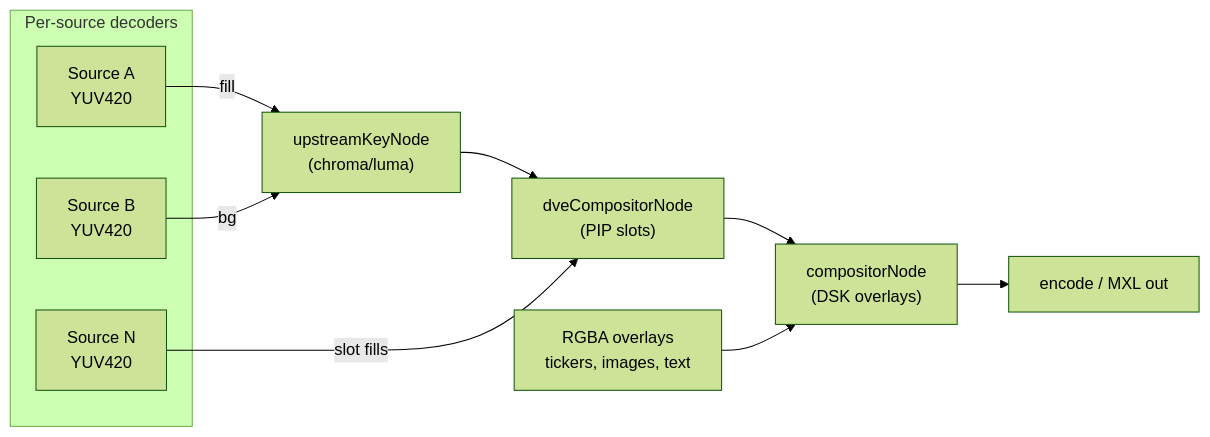
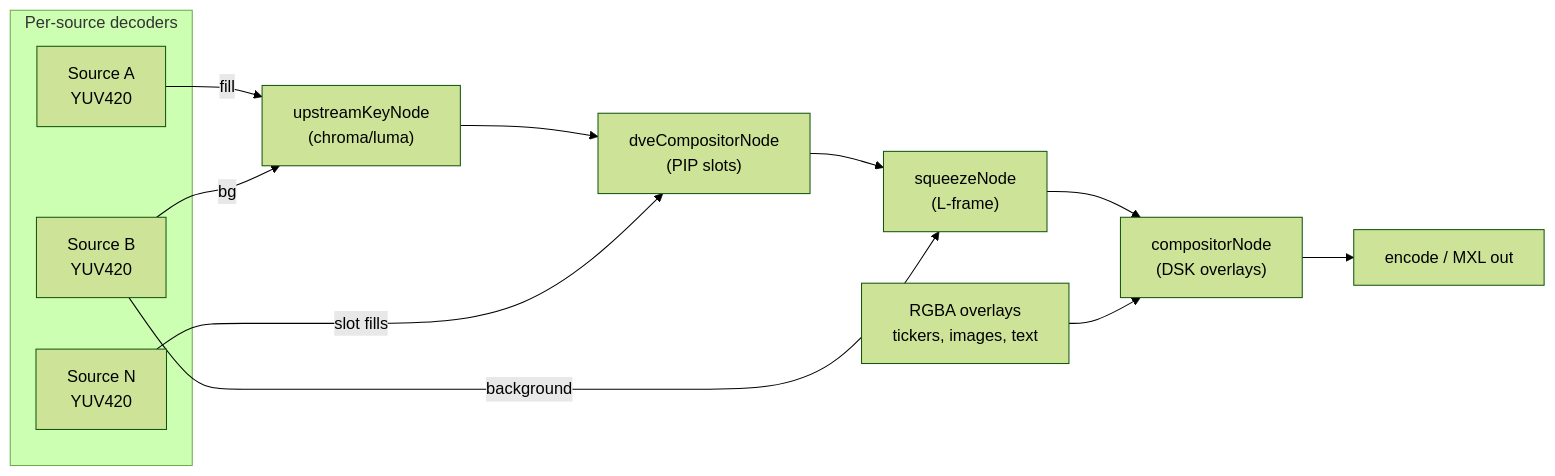
One commit to qvest-digital/dmf-mf-switchframe changed the diagram in docs/subsystems/graphics-and-dve.md. Above: the diagram before and after it, drawn with Mermaid (forest theme). The commit also changed other lines of this file and 4 other files, not shown here.

````diff
--- a/docs/subsystems/graphics-and-dve.md
+++ b/docs/subsystems/graphics-and-dve.md
@@ -25,15 +25,17 @@
 ```mermaid
 flowchart LR
   subgraph sources["Per-source decoders"]
     S1[Source A<br/>YUV420]
     S2[Source B<br/>YUV420]
     S3[Source N<br/>YUV420]
   end
   S1 -->|fill| UKN["upstreamKeyNode<br/>(chroma/luma)"]
   S2 -->|bg| UKN
   UKN --> DVEN["dveCompositorNode<br/>(PIP slots)"]
   S3 -->|slot fills| DVEN
-  DVEN --> DSKN["compositorNode<br/>(DSK overlays)"]
+  DVEN --> SQZN["squeezeNode<br/>(L-frame)"]
+  S2 -->|background| SQZN
+  SQZN --> DSKN["compositorNode<br/>(DSK overlays)"]
   OVR[RGBA overlays<br/>tickers, images, text] --> DSKN
   DSKN --> ENC[encode / MXL out]
 ```
````
